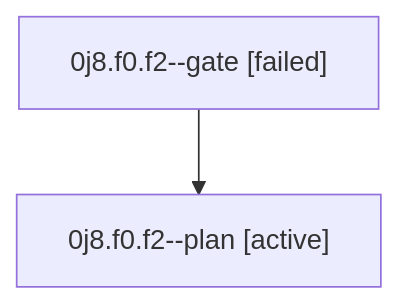
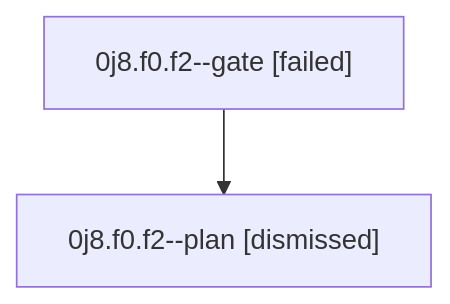
One commit to sase-org/sase--agents changed the diagram in sessions/bbugyi200.athena.0j8.f0.f2.md. Above: the diagram before and after it, drawn with Mermaid. The commit also changed other lines of this file and 50 other files, not shown here.

````diff
--- a/sessions/bbugyi200.athena.0j8.f0.f2.md
+++ b/sessions/bbugyi200.athena.0j8.f0.f2.md
@@ -9,6 +9,6 @@
 ```mermaid
 flowchart TD
   n0["0j8.f0.f2--gate [failed]"]
-  n1["0j8.f0.f2--plan [active]"]
+  n1["0j8.f0.f2--plan [dismissed]"]
   n0 --> n1
 ```
````
